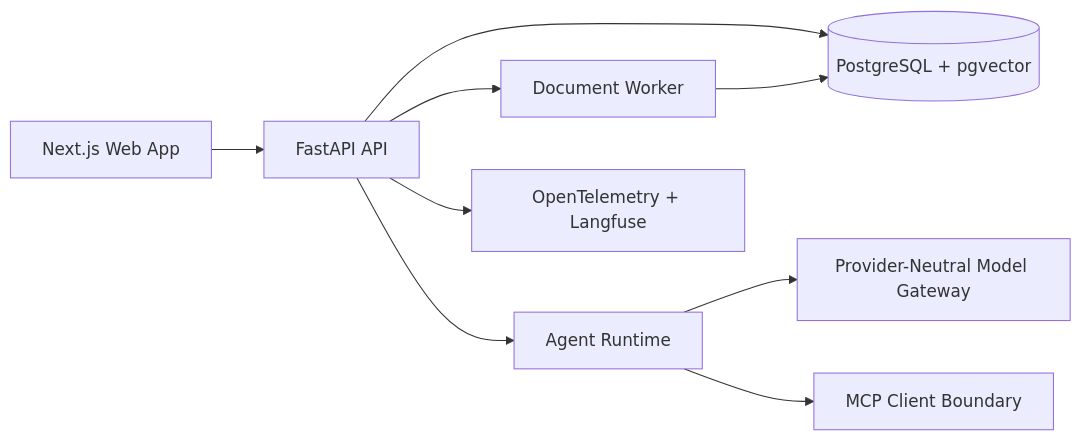
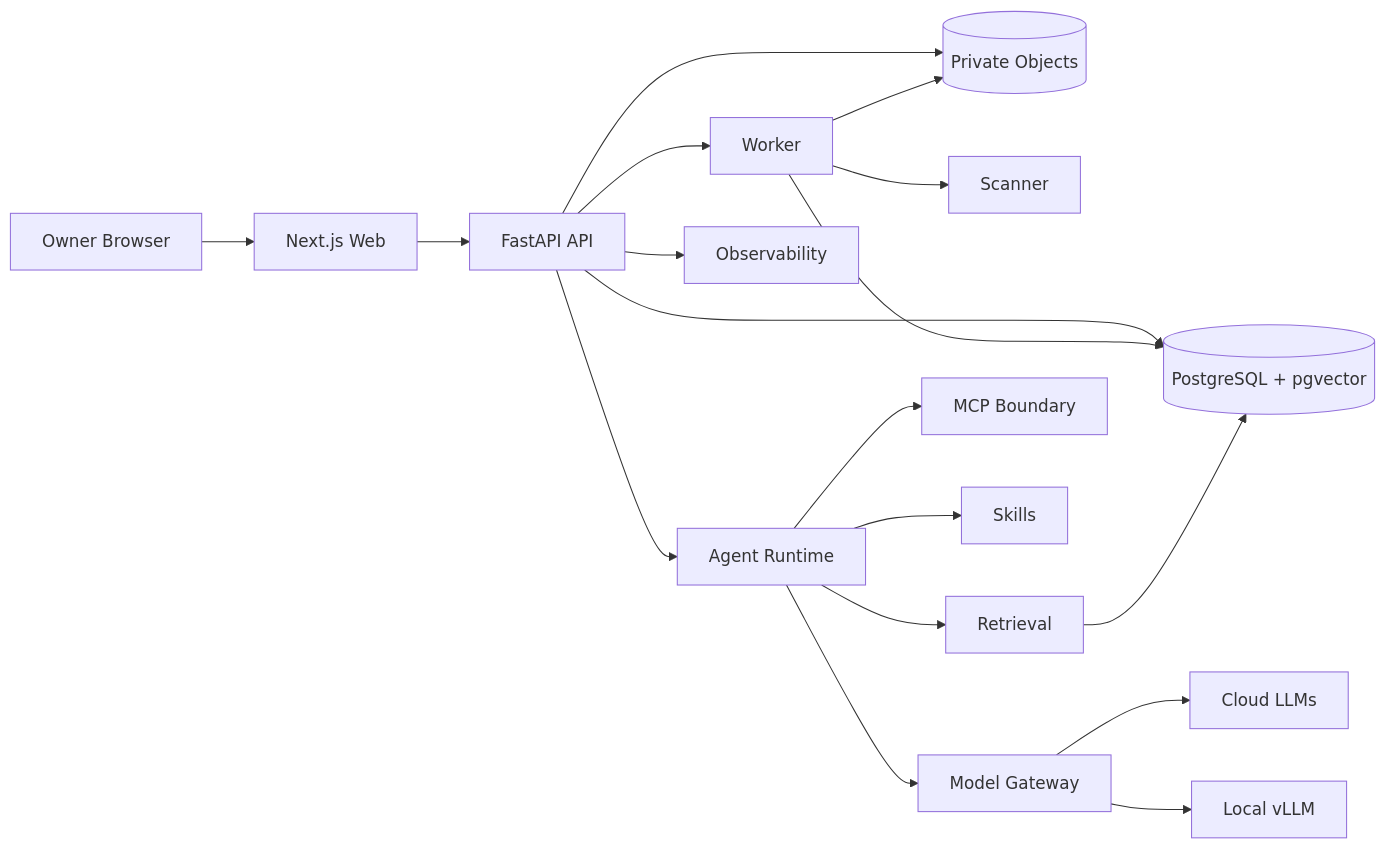
The first of 3 diagrams in README.md (GregB712/Loomi-Brain), drawn with Mermaid before and after one commit. The commit also changed other lines of this file and 49 other files, not shown here.

````diff
--- a/README.md
+++ b/README.md
@@ -107,11 +21,20 @@
 ```mermaid
 flowchart LR
-  Web[Next.js Web App] --> API[FastAPI API]
+  Owner[Owner Browser] --> Web[Next.js Web]
+  Web --> API[FastAPI API]
   API --> DB[(PostgreSQL + pgvector)]
-  API --> Worker[Document Worker]
+  API --> Objects[(Private Objects)]
+  API --> Worker[Worker]
   Worker --> DB
+  Worker --> Objects
+  Worker --> Scan[Scanner]
   API --> Agent[Agent Runtime]
-  Agent --> Models[Provider-Neutral Model Gateway]
-  Agent --> MCP[MCP Client Boundary]
-  API --> Obs[OpenTelemetry + Langfuse]
+  Agent --> Retrieval[Retrieval]
+  Retrieval --> DB
+  Agent --> Models[Model Gateway]
+  Models --> Cloud[Cloud LLMs]
+  Models --> Local[Local vLLM]
+  Agent --> MCP[MCP Boundary]
+  Agent --> Skills[Skills]
+  API --> Obs[Observability]
 ```
````
